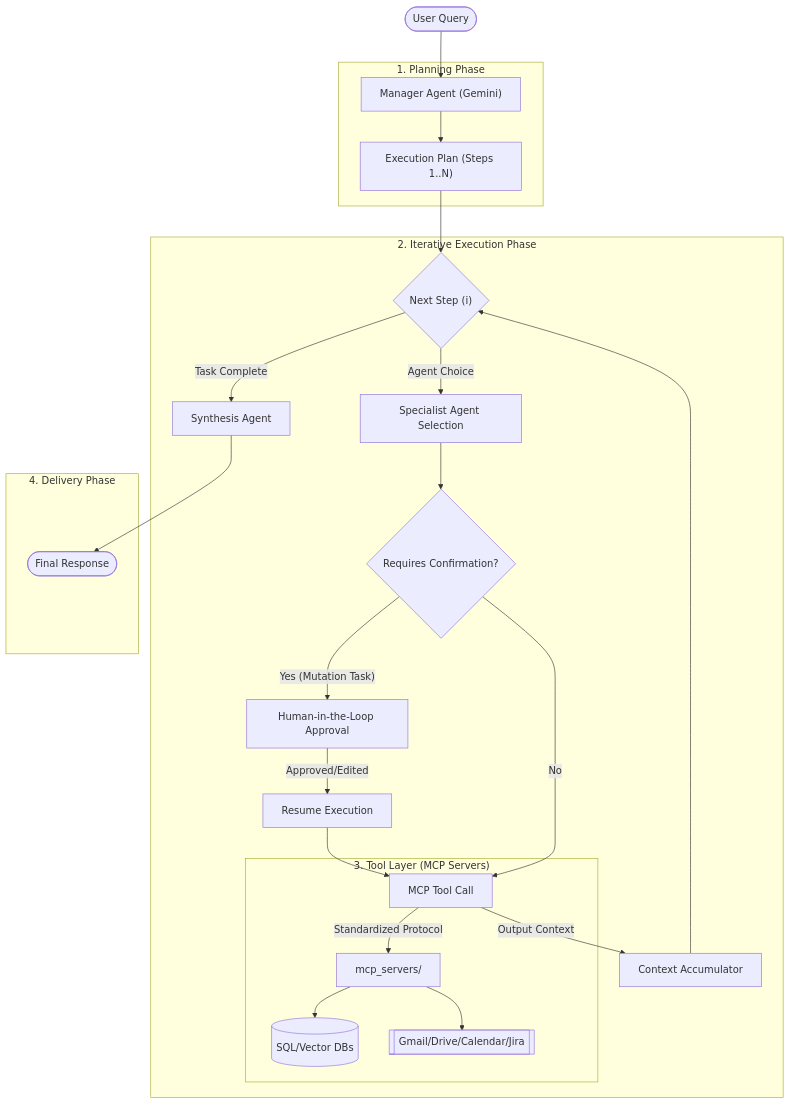
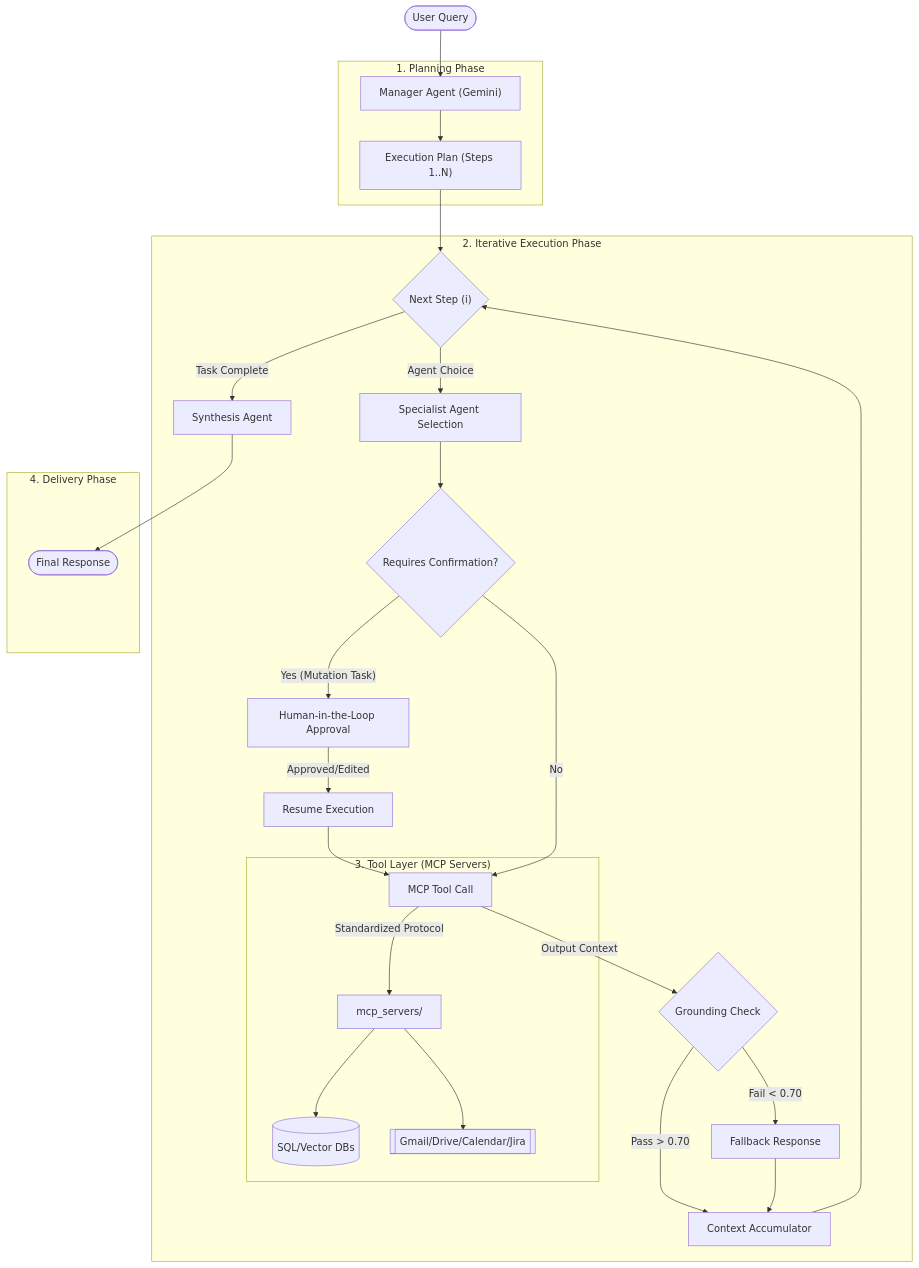
Before and after one commit to chetanreddyv/vertical_aiAgent: the diagram in README.md, drawn with Mermaid. The commit also changed other lines of this file, not shown here.

Commit message:
docs: Add documentation for the deterministic grounding check feature, updating the agent flow diagram, technology stack, and environment variables.

````diff
--- a/README.md
+++ b/README.md
@@ -21,35 +21,38 @@
 ```mermaid
 graph TD
     User([User Query]) --> Manager["Manager Agent (Gemini)"]
     
     subgraph Preparation["1. Planning Phase"]
         Manager --> Plan["Execution Plan (Steps 1..N)"]
     end
     
     subgraph Runtime["2. Iterative Execution Phase"]
         Plan --> StepLoop{"Next Step (i)"}
         StepLoop -- "Agent Choice" --> Exec["Specialist Agent Selection"]
         
         Exec --> ConfCheck{"Requires Confirmation?"}
         
         ConfCheck -- "Yes (Mutation Task)" --> HITL["Human-in-the-Loop Approval"]
         HITL -- "Approved/Edited" --> Resume["Resume Execution"]
         Resume --> ToolCall
         
         ConfCheck -- "No" --> ToolCall["MCP Tool Call"]
         
         subgraph Tools["3. Tool Layer (MCP Servers)"]
             ToolCall -- "Standardized Protocol" --> MCPServers["mcp_servers/"]
             MCPServers --> DBs[(SQL/Vector DBs)]
             MCPServers --> APIs[[Gmail/Drive/Calendar/Jira]]
         end
         
-        ToolCall -- "Output Context" --> UpdateContext["Context Accumulator"]
+        ToolCall -- "Output Context" --> Grounding{"Grounding Check"}
+        Grounding -- "Pass > 0.70" --> UpdateContext["Context Accumulator"]
+        Grounding -- "Fail < 0.70" --> Fallback["Fallback Response"]
+        Fallback --> UpdateContext
         UpdateContext --> StepLoop
         StepLoop -- "Task Complete" --> Synth["Synthesis Agent"]
     end
     
     subgraph Delivery["4. Delivery Phase"]
         Synth --> Final([Final Response])
     end
 ```
````
